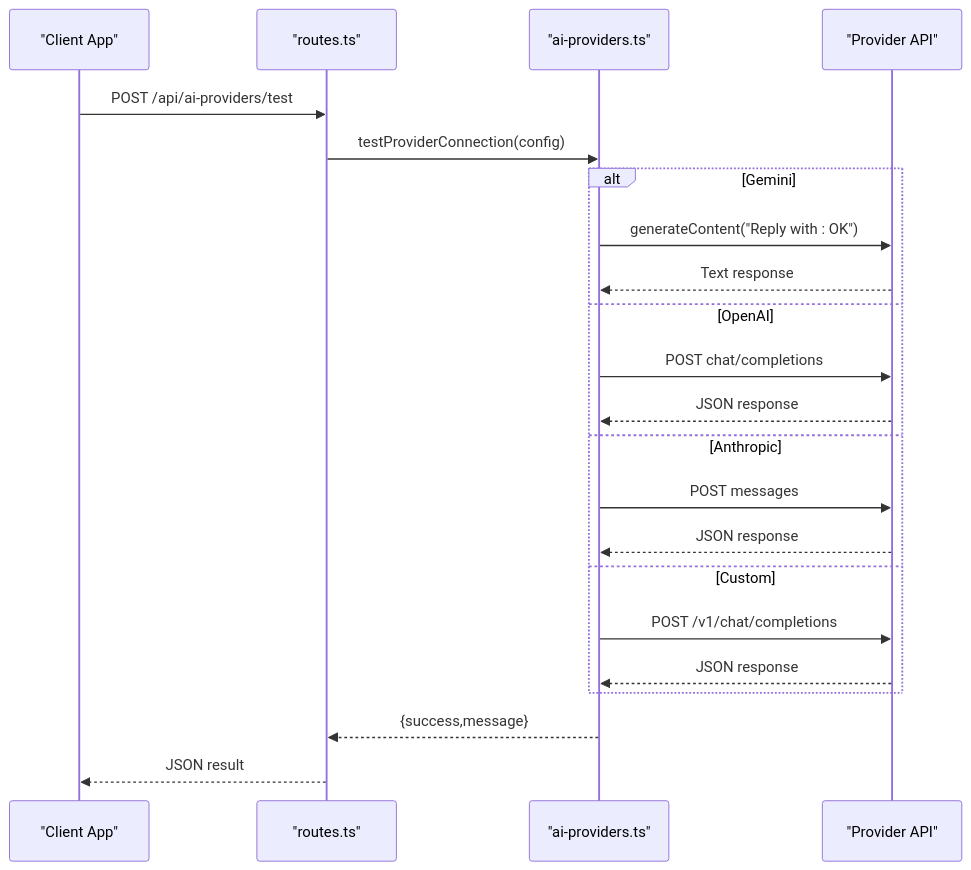
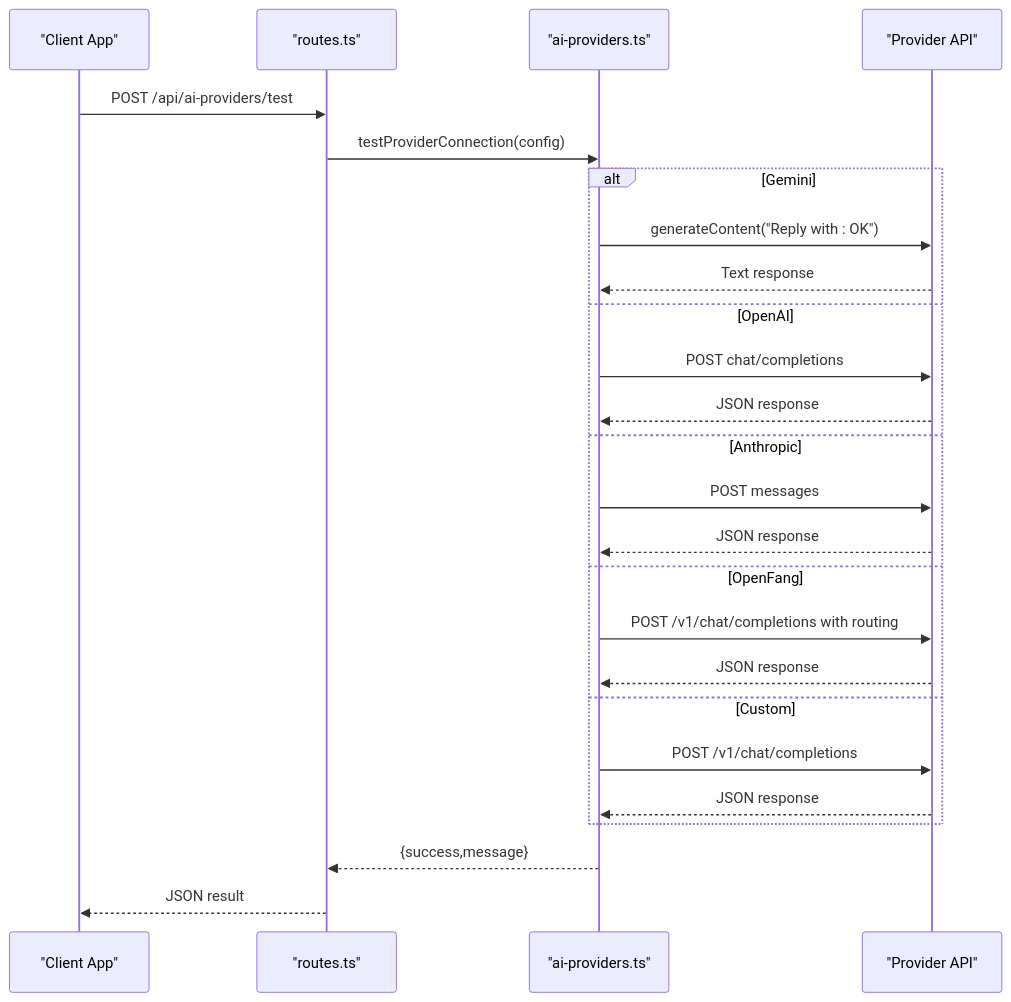
One commit to hunglevi87/Hidden-Gem changed the seventh of 12 diagrams in .qoder/repowiki/en/content/AI Integration/AI Provider System.md. Above: the diagram before and after it, drawn with Mermaid. The commit also changed other lines of this file and 5 other files, not shown here.

First line of the commit message:
feat(ai-provider): add OpenFang provider with multi-model routing

````diff
--- a/.qoder/repowiki/en/content/AI Integration/AI Provider System.md
+++ b/.qoder/repowiki/en/content/AI Integration/AI Provider System.md
@@ -296,24 +319,27 @@
 ```mermaid
 sequenceDiagram
 participant Client as "Client App"
 participant Routes as "routes.ts"
 participant Factory as "ai-providers.ts"
 participant Provider as "Provider API"
 Client->>Routes : POST /api/ai-providers/test
 Routes->>Factory : testProviderConnection(config)
 alt Gemini
 Factory->>Provider : generateContent("Reply with : OK")
 Provider-->>Factory : Text response
 else OpenAI
 Factory->>Provider : POST chat/completions
 Provider-->>Factory : JSON response
 else Anthropic
 Factory->>Provider : POST messages
 Provider-->>Factory : JSON response
+else OpenFang
+Factory->>Provider : POST /v1/chat/completions with routing
+Provider-->>Factory : JSON response
 else Custom
 Factory->>Provider : POST /v1/chat/completions
 Provider-->>Factory : JSON response
 end
 Factory-->>Routes : {success,message}
 Routes-->>Client : JSON result
 ```
````
